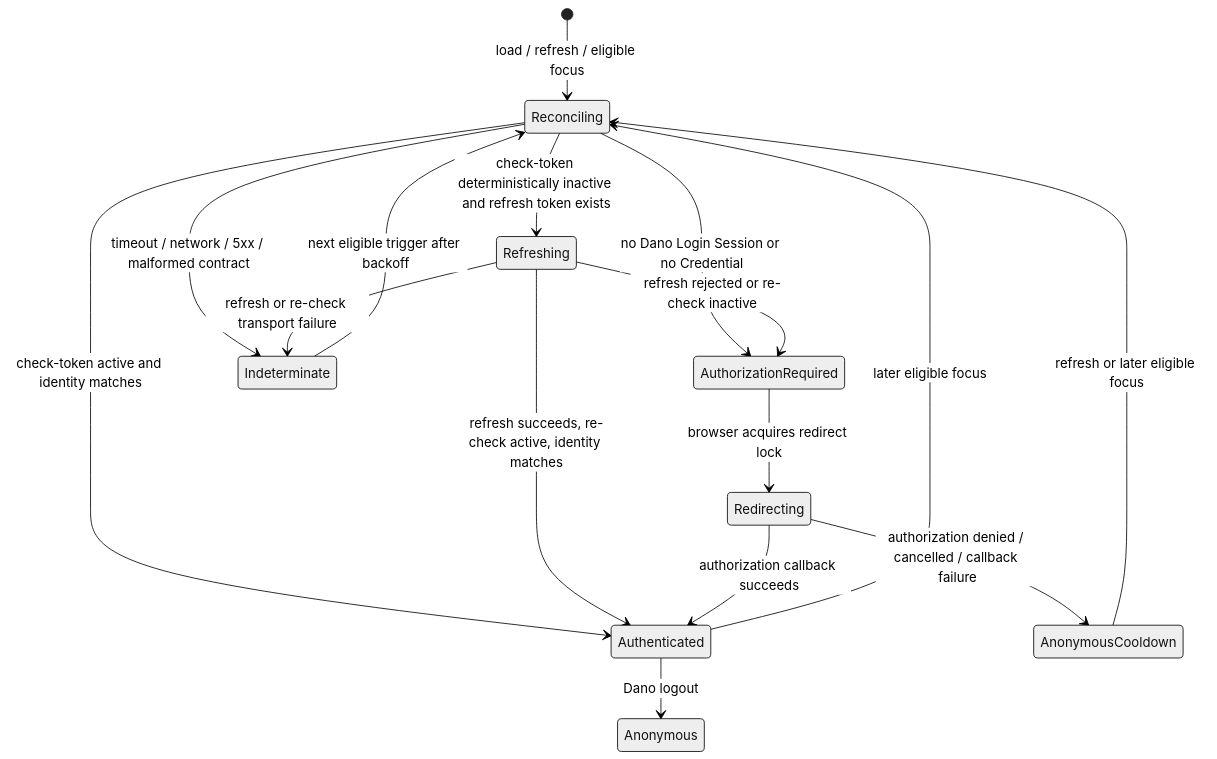
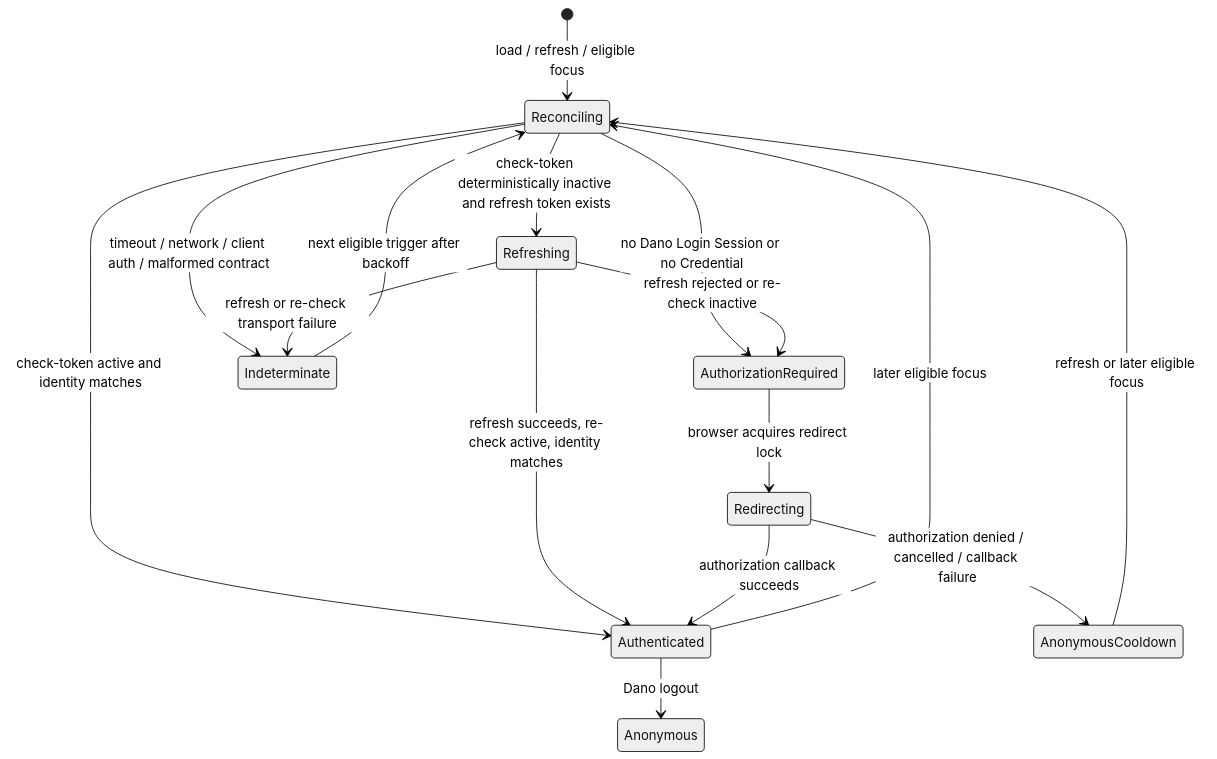
The first of 2 diagrams in docs/specs/phase-1-oauth-authentication-reconciliation.md (josephyoung/Dano), drawn with Mermaid (neutral theme) before and after one commit. The commit also changed other lines of this file and 1 other file, not shown here.

First line of the commit message:
docs(auth): 收紧认证协调失败语义

````diff
--- a/docs/specs/phase-1-oauth-authentication-reconciliation.md
+++ b/docs/specs/phase-1-oauth-authentication-reconciliation.md
@@ -153,18 +153,18 @@
 ```mermaid
 stateDiagram-v2
     [*] --> Reconciling: load / refresh / eligible focus
     Reconciling --> AuthorizationRequired: no Dano Login Session or no Credential
     Reconciling --> Authenticated: check-token active and identity matches
     Reconciling --> Refreshing: check-token deterministically inactive and refresh token exists
-    Reconciling --> Indeterminate: timeout / network / 5xx / malformed contract
+    Reconciling --> Indeterminate: timeout / network / client auth / malformed contract
     Refreshing --> Authenticated: refresh succeeds, re-check active, identity matches
     Refreshing --> AuthorizationRequired: refresh rejected or re-check inactive
     Refreshing --> Indeterminate: refresh or re-check transport failure
     AuthorizationRequired --> Redirecting: browser acquires redirect lock
     Redirecting --> Authenticated: authorization callback succeeds
     Redirecting --> AnonymousCooldown: authorization denied / cancelled / callback failure
     Indeterminate --> Reconciling: next eligible trigger after backoff
     AnonymousCooldown --> Reconciling: refresh or later eligible focus
     Authenticated --> Reconciling: later eligible focus
     Authenticated --> Anonymous: Dano logout
 ```
````
